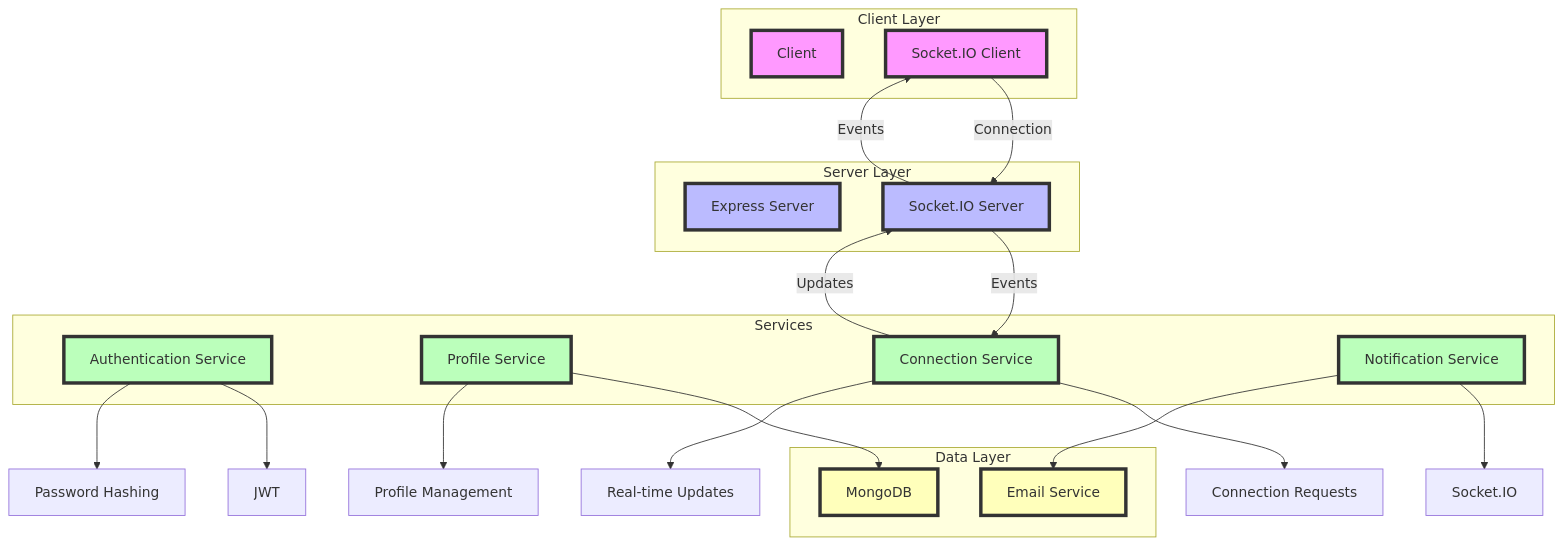
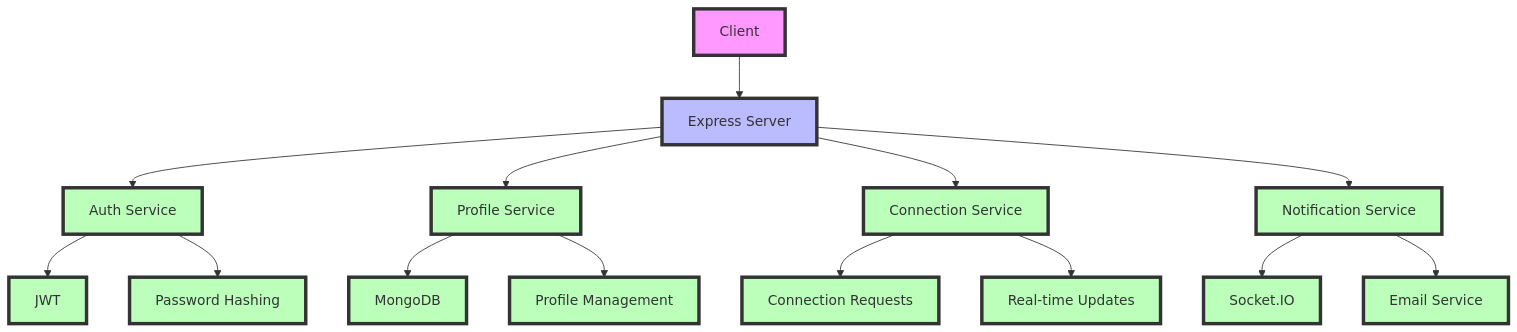
One commit to yashpreetbathla/devTinder changed the diagram in README.md. Above: the diagram before and after it, drawn with Mermaid. The commit also changed other lines of this file, not shown here.

Commit message:
folder structure

````diff
--- a/README.md
+++ b/README.md
@@ -17,57 +31,35 @@
 ```mermaid
 graph TD
-    subgraph Client Layer
-        A[Client]
-        A1[Socket.IO Client]
-    end
+    A[Client] --> B[Express Server]
+    B --> C[Auth Service]
+    B --> D[Profile Service]
+    B --> E[Connection Service]
+    B --> F[Notification Service]
     
-    subgraph Server Layer
-        B[Express Server]
-        B1[Socket.IO Server]
-    end
-    
-    subgraph Services
-        C[Authentication Service]
-        D[Profile Service]
-        E[Connection Service]
-        F[Notification Service]
-    end
-    
-    subgraph Data Layer
-        I[MongoDB]
-        N[Email Service]
-    end
-    
-    %% Authentication Flow
     C --> G[JWT]
     C --> H[Password Hashing]
     
-    %% Profile Flow
-    D --> I
+    D --> I[MongoDB]
     D --> J[Profile Management]
     
-    %% Connection Flow
     E --> K[Connection Requests]
     E --> L[Real-time Updates]
     
-    %% Notification Flow
     F --> M[Socket.IO]
-    F --> N
+    F --> N[Email Service]
     
-    %% Real-time Communication
-    A1 -->|"Connection"| B1
-    B1 -->|"Events"| A1
-    B1 -->|"Events"| E
-    E -->|"Updates"| B1
-    
-    %% Styling
-    classDef client fill:#f9f,stroke:#333,stroke-width:4px
-    classDef server fill:#bbf,stroke:#333,stroke-width:4px
-    classDef service fill:#bfb,stroke:#333,stroke-width:4px
-    classDef data fill:#ffb,stroke:#333,stroke-width:4px
-    
-    class A,A1 client
-    class B,B1 server
-    class C,D,E,F service
-    class I,N data
+    style A fill:#f9f,stroke:#333,stroke-width:4px
+    style B fill:#bbf,stroke:#333,stroke-width:4px
+    style C fill:#bfb,stroke:#333,stroke-width:4px
+    style D fill:#bfb,stroke:#333,stroke-width:4px
+    style E fill:#bfb,stroke:#333,stroke-width:4px
+    style F fill:#bfb,stroke:#333,stroke-width:4px
+    style G fill:#bfb,stroke:#333,stroke-width:4px
+    style H fill:#bfb,stroke:#333,stroke-width:4px
+    style I fill:#bfb,stroke:#333,stroke-width:4px
+    style J fill:#bfb,stroke:#333,stroke-width:4px
+    style K fill:#bfb,stroke:#333,stroke-width:4px
+    style L fill:#bfb,stroke:#333,stroke-width:4px
+    style M fill:#bfb,stroke:#333,stroke-width:4px
+    style N fill:#bfb,stroke:#333,stroke-width:4px
 ```
````
